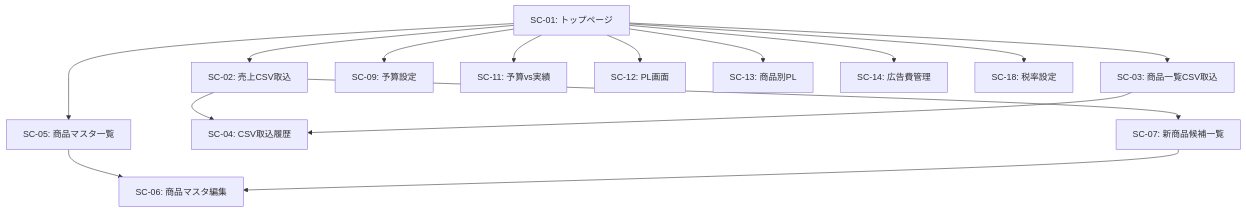
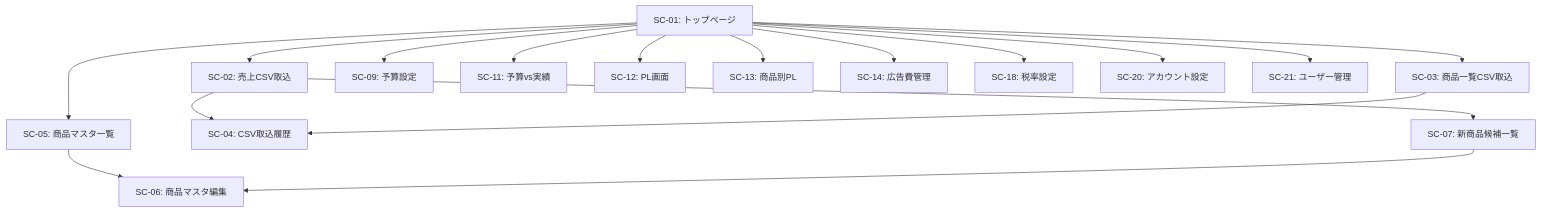
Before and after one commit to myakoro/Product-sales-management-system: the diagram in 仕様書/04_画面仕様と画面遷移.md, drawn with Mermaid. The commit also changed other lines of this file and 14 other files, not shown here.

````diff
--- a/仕様書/04_画面仕様と画面遷移.md
+++ b/仕様書/04_画面仕様と画面遷移.md
@@ -40,21 +42,23 @@
 ```mermaid
 flowchart TD
     SC01[SC-01: トップページ] --> SC02[SC-02: 売上CSV取込]
     SC01 --> SC03[SC-03: 商品一覧CSV取込]
     SC01 --> SC05[SC-05: 商品マスタ一覧]
     SC01 --> SC09[SC-09: 予算設定]
     SC01 --> SC11[SC-11: 予算vs実績]
     SC01 --> SC12[SC-12: PL画面]
     SC01 --> SC13[SC-13: 商品別PL]
     SC01 --> SC14[SC-14: 広告費管理]
     SC01 --> SC18[SC-18: 税率設定]
+    SC01 --> SC20[SC-20: アカウント設定]
+    SC01 --> SC21[SC-21: ユーザー管理]
     
     SC02 --> SC04[SC-04: CSV取込履歴]
     SC02 --> SC07[SC-07: 新商品候補一覧]
     
     SC03 --> SC04
     
     SC05 --> SC06[SC-06: 商品マスタ編集]
     
     SC07 --> SC06
 ```
````
